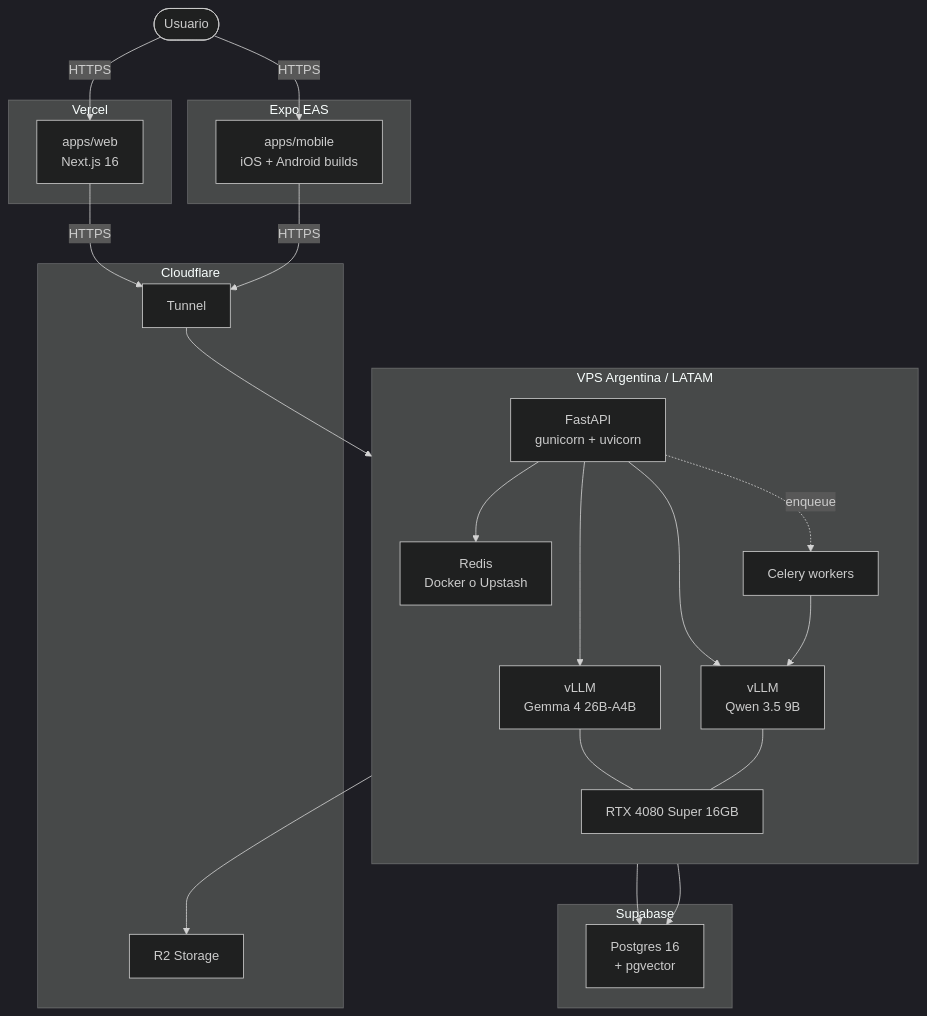
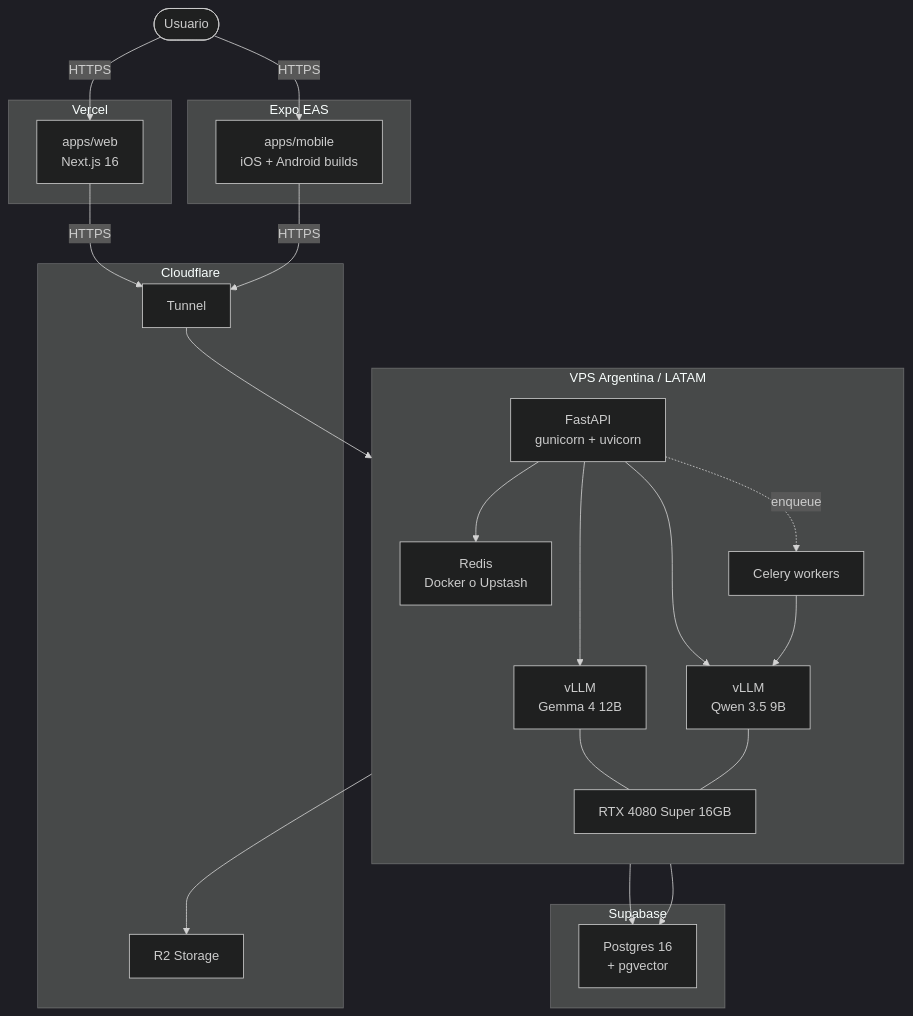
One commit to BriarDevv/Ynara changed the diagram in docs/architecture/diagrams/deploy-topology.md. Above: the diagram before and after it, drawn with Mermaid (dark theme). The commit also changed other lines of this file and 9 other files, not shown here.

````diff
--- a/docs/architecture/diagrams/deploy-topology.md
+++ b/docs/architecture/diagrams/deploy-topology.md
@@ -13,45 +13,45 @@
 ```mermaid
 flowchart TB
     subgraph CDN[Cloudflare]
       CFT[Tunnel]
       CFR2[R2 Storage]
     end
 
     subgraph VERCEL[Vercel]
       WEB[apps/web<br/>Next.js 16]
     end
 
     subgraph EAS[Expo EAS]
       MOB[apps/mobile<br/>iOS + Android builds]
     end
 
     subgraph VPS[VPS Argentina / LATAM]
       direction TB
       API[FastAPI<br/>gunicorn + uvicorn]
       WORK[Celery workers]
       REDIS[Redis<br/>Docker o Upstash]
-      VLLM_G[vLLM<br/>Gemma 4 26B-A4B]
+      VLLM_G[vLLM<br/>Gemma 4 12B]
       VLLM_Q[vLLM<br/>Qwen 3.5 9B]
       GPU[RTX 4080 Super 16GB]
     end
 
     subgraph SB[Supabase]
       PG[Postgres 16<br/>+ pgvector]
     end
 
     USER([Usuario]) -->|HTTPS| WEB
     USER -->|HTTPS| MOB
     WEB -->|HTTPS| CFT
     MOB -->|HTTPS| CFT
     CFT --> API
     API --> REDIS
     API --> PG
     API --> VLLM_G
     API --> VLLM_Q
     API -.->|enqueue| WORK
     WORK --> PG
     WORK --> VLLM_Q
     VLLM_G --- GPU
     VLLM_Q --- GPU
     API --> CFR2
 ```
````
